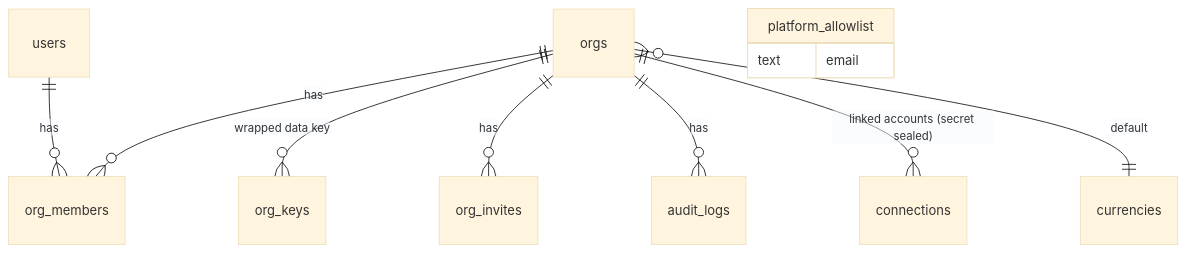
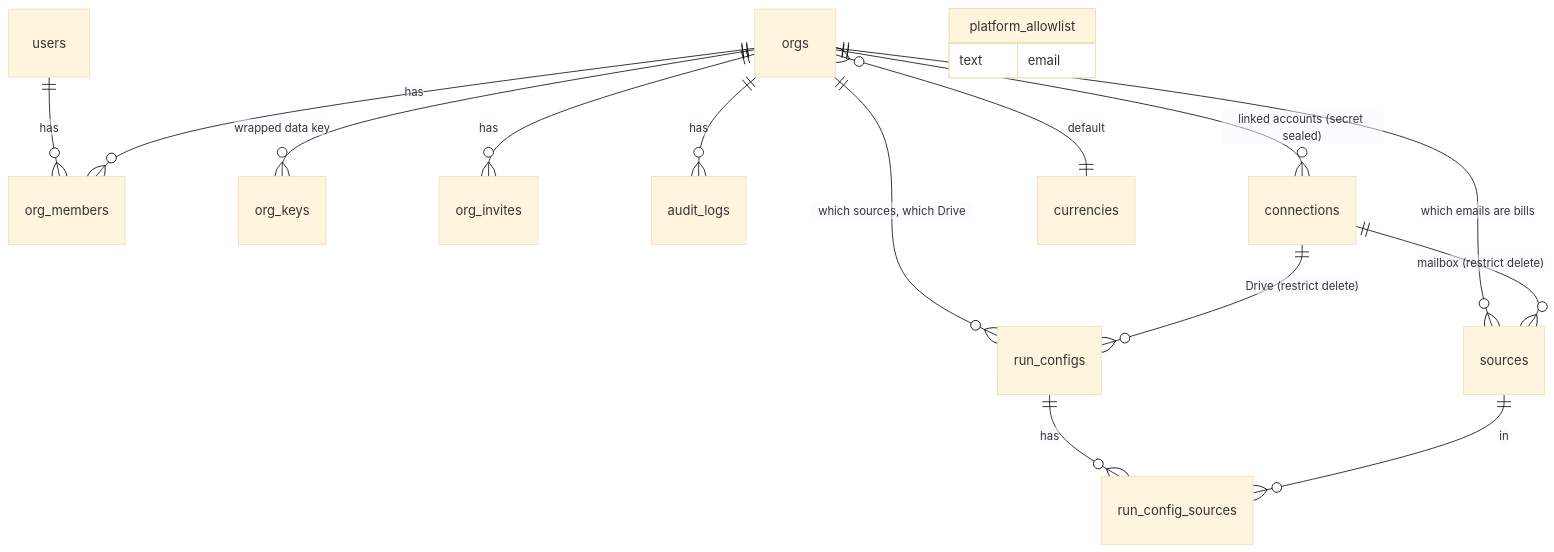
The fourth of 4 diagrams in docs/architecture.md (blackchapel/billfold), drawn with Mermaid (base theme) before and after one commit. The commit also changed other lines of this file and 26 other files, not shown here.

First line of the commit message:
Phase 3 UI (Sources, Run configs), e2e flows F9-F17, forms keep input on errors, docs and ADR 0007

````diff
--- a/docs/architecture.md
+++ b/docs/architecture.md
@@ -51,13 +51,19 @@
 ```mermaid
 erDiagram
   users ||--o{ org_members : has
   orgs ||--o{ org_members : has
   orgs ||--o{ org_keys : "wrapped data key"
   orgs ||--o{ org_invites : has
   orgs ||--o{ audit_logs : has
   orgs ||--o{ connections : "linked accounts (secret sealed)"
+  orgs ||--o{ sources : "which emails are bills"
+  orgs ||--o{ run_configs : "which sources, which Drive"
+  connections ||--o{ sources : "mailbox (restrict delete)"
+  connections ||--o{ run_configs : "Drive (restrict delete)"
+  run_configs ||--o{ run_config_sources : has
+  sources ||--o{ run_config_sources : "in"
   orgs }o--|| currencies : default
   platform_allowlist {
     text email
   }
 ```
````
